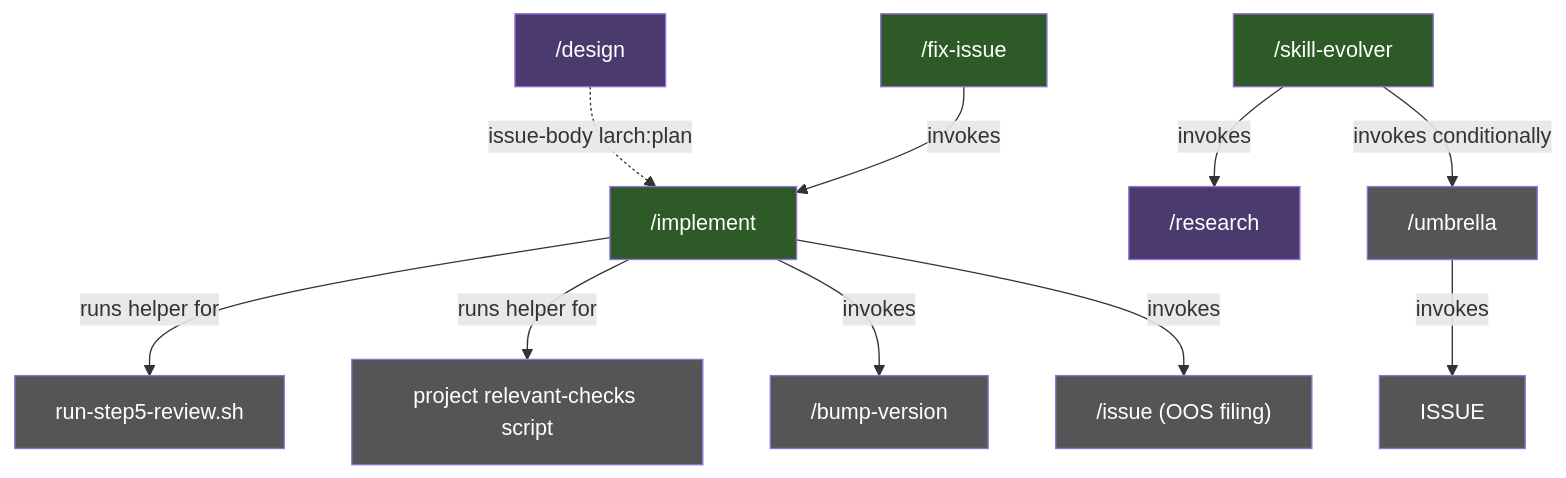
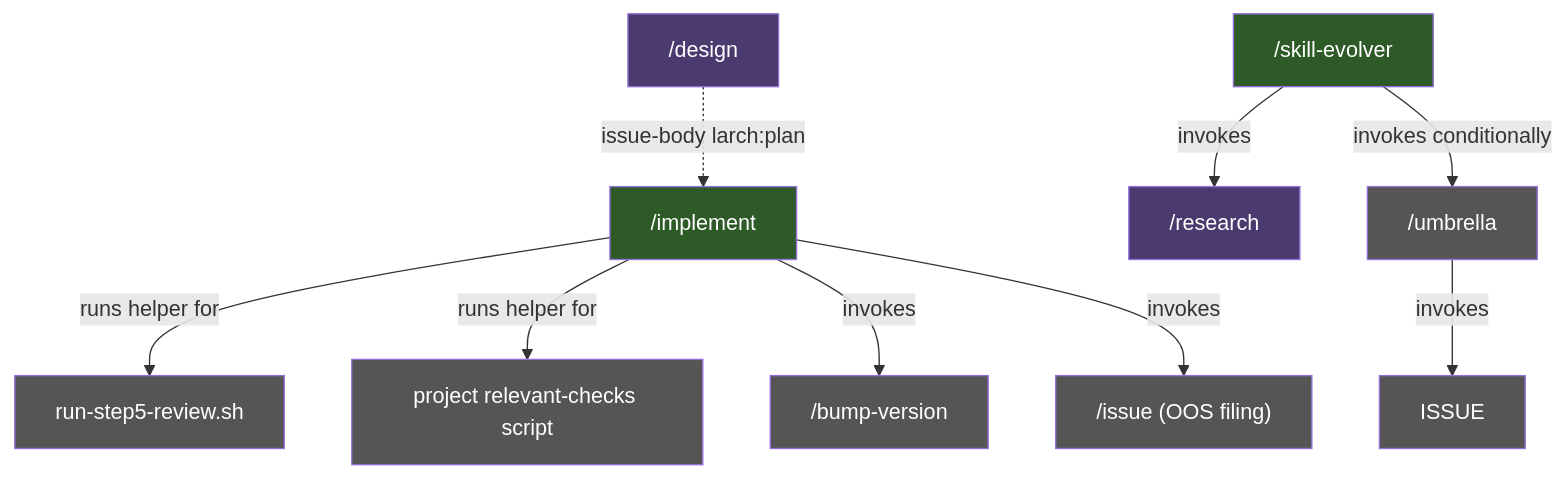
The first of 3 diagrams in docs/workflow-lifecycle.md (character-ai/larch), drawn with Mermaid before and after one commit. The commit also changed other lines of this file and 76 other files, not shown here.

First line of the commit message:
Fold fix-issue admission into /implement and remove fix-issue skill

````diff
--- a/docs/workflow-lifecycle.md
+++ b/docs/workflow-lifecycle.md
@@ -9,25 +9,23 @@
 ```mermaid
 graph TD
     DESIGN["/design"]
     DESIGN -.->|issue-body larch:plan| IMPLEMENT["/implement"]
     IMPLEMENT -->|runs helper for| STEP5["run-step5-review.sh"]
     IMPLEMENT -->|runs helper for| CHECKS["project relevant-checks script"]
     IMPLEMENT -->|invokes| BUMP["/bump-version"]
     IMPLEMENT -->|invokes| ISSUE_OOS["/issue (OOS filing)"]
-    FIX["/fix-issue"] -->|invokes| IMPLEMENT
     EVOLVER["/skill-evolver"] -->|invokes| RESEARCH["/research"]
     EVOLVER -->|invokes conditionally| UMBRELLA["/umbrella"]
     UMBRELLA -->|invokes| ISSUE
 
     style IMPLEMENT fill:#2d5a27,color:#fff
-    style FIX fill:#2d5a27,color:#fff
     style EVOLVER fill:#2d5a27,color:#fff
     style DESIGN fill:#4a3a6e,color:#fff
     style STEP5 fill:#555,color:#fff
     style RESEARCH fill:#4a3a6e,color:#fff
     style UMBRELLA fill:#555,color:#fff
     style CHECKS fill:#555,color:#fff
     style BUMP fill:#555,color:#fff
     style ISSUE fill:#555,color:#fff
     style ISSUE_OOS fill:#555,color:#fff
 ```
````
